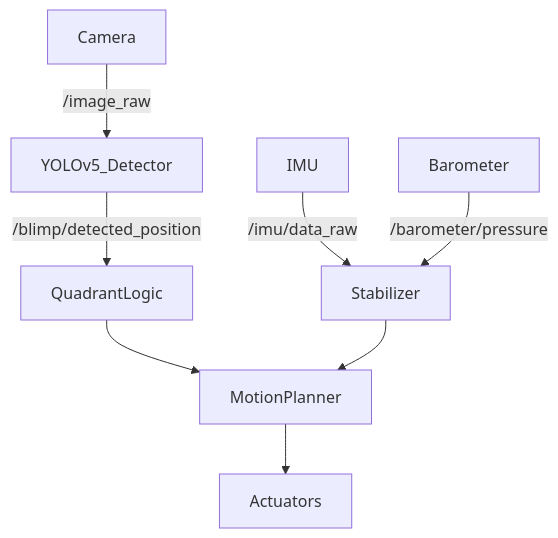
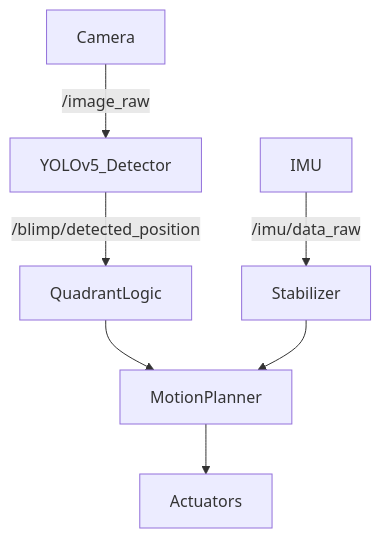
Before and after one commit to RAS598-2025-S-Team03/RAS598-2025-S-Team03.github.io: the diagram in docs/second-page.md, drawn with Mermaid. The commit also changed other lines of this file, not shown here.

````diff
--- a/docs/second-page.md
+++ b/docs/second-page.md
@@ -141,10 +132,9 @@
 ```mermaid
 graph TD
     Camera -->|/image_raw| YOLOv5_Detector
     YOLOv5_Detector -->|/blimp/detected_position| QuadrantLogic
     IMU -->|/imu/data_raw| Stabilizer
-    Barometer -->|/barometer/pressure| Stabilizer
     QuadrantLogic --> MotionPlanner
     Stabilizer --> MotionPlanner
     MotionPlanner --> Actuators
 ```
````
